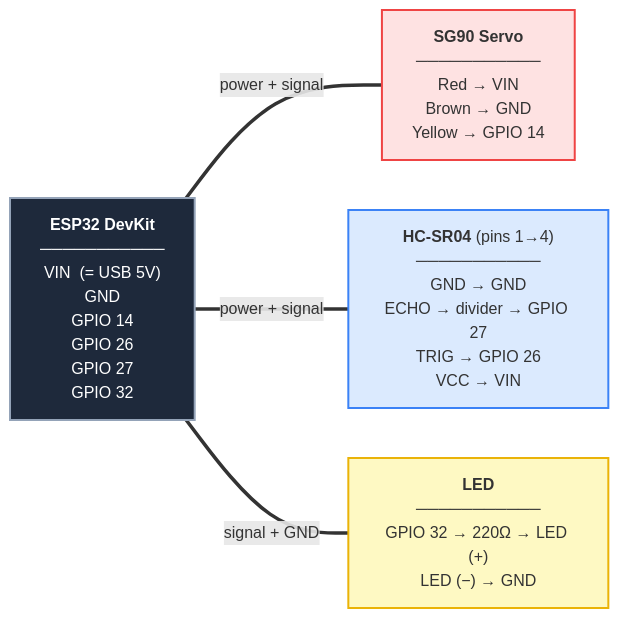
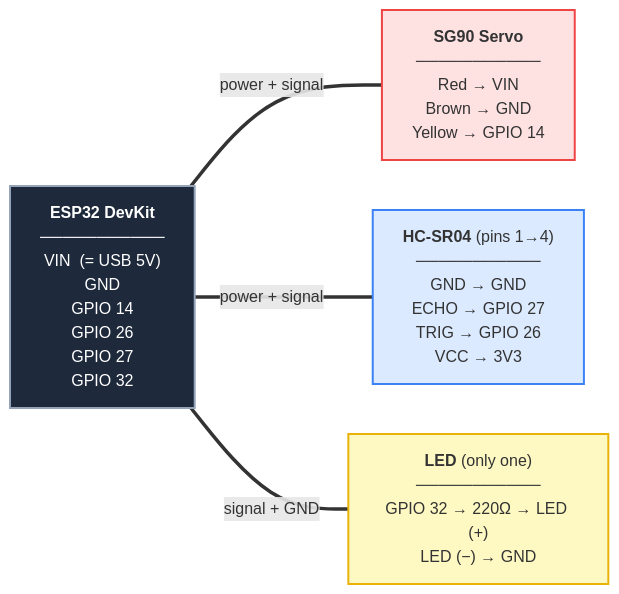
Before and after one commit to Danncode10/radar-web-dashboard: the diagram in docs/WIRING.md, drawn with Mermaid. The commit also changed other lines of this file and 1 other file, not shown here.

First line of the commit message:
Default wiring to 3V3 sensor (LED resistor only); divider now fallback

````diff
--- a/docs/WIRING.md
+++ b/docs/WIRING.md
@@ -29,19 +29,19 @@
 ```mermaid
 flowchart LR
     ESP["<b>ESP32 DevKit</b><br/>───────────<br/>VIN &nbsp;(= USB 5V)<br/>GND<br/>GPIO 14<br/>GPIO 26<br/>GPIO 27<br/>GPIO 32"]
 
     SERVO["<b>SG90 Servo</b><br/>───────────<br/>Red → VIN<br/>Brown → GND<br/>Yellow → GPIO 14"]
 
-    SENSOR["<b>HC-SR04</b> (pins 1→4)<br/>───────────<br/>GND → GND<br/>ECHO → divider → GPIO 27<br/>TRIG → GPIO 26<br/>VCC → VIN"]
+    SENSOR["<b>HC-SR04</b> (pins 1→4)<br/>───────────<br/>GND → GND<br/>ECHO → GPIO 27<br/>TRIG → GPIO 26<br/>VCC → 3V3"]
 
-    LED["<b>LED</b><br/>───────────<br/>GPIO 32 → 220Ω → LED (+)<br/>LED (−) → GND"]
+    LED["<b>LED</b> (only one)<br/>───────────<br/>GPIO 32 → 220Ω → LED (+)<br/>LED (−) → GND"]
 
     ESP ===|power + signal| SERVO
     ESP ===|power + signal| SENSOR
     ESP ===|signal + GND| LED
 
     style ESP fill:#1e293b,color:#fff,stroke:#94a3b8,stroke-width:2px
     style SERVO fill:#fee2e2,stroke:#ef4444,stroke-width:2px
     style SENSOR fill:#dbeafe,stroke:#3b82f6,stroke-width:2px
     style LED fill:#fef9c3,stroke:#eab308,stroke-width:2px
 ```
````
